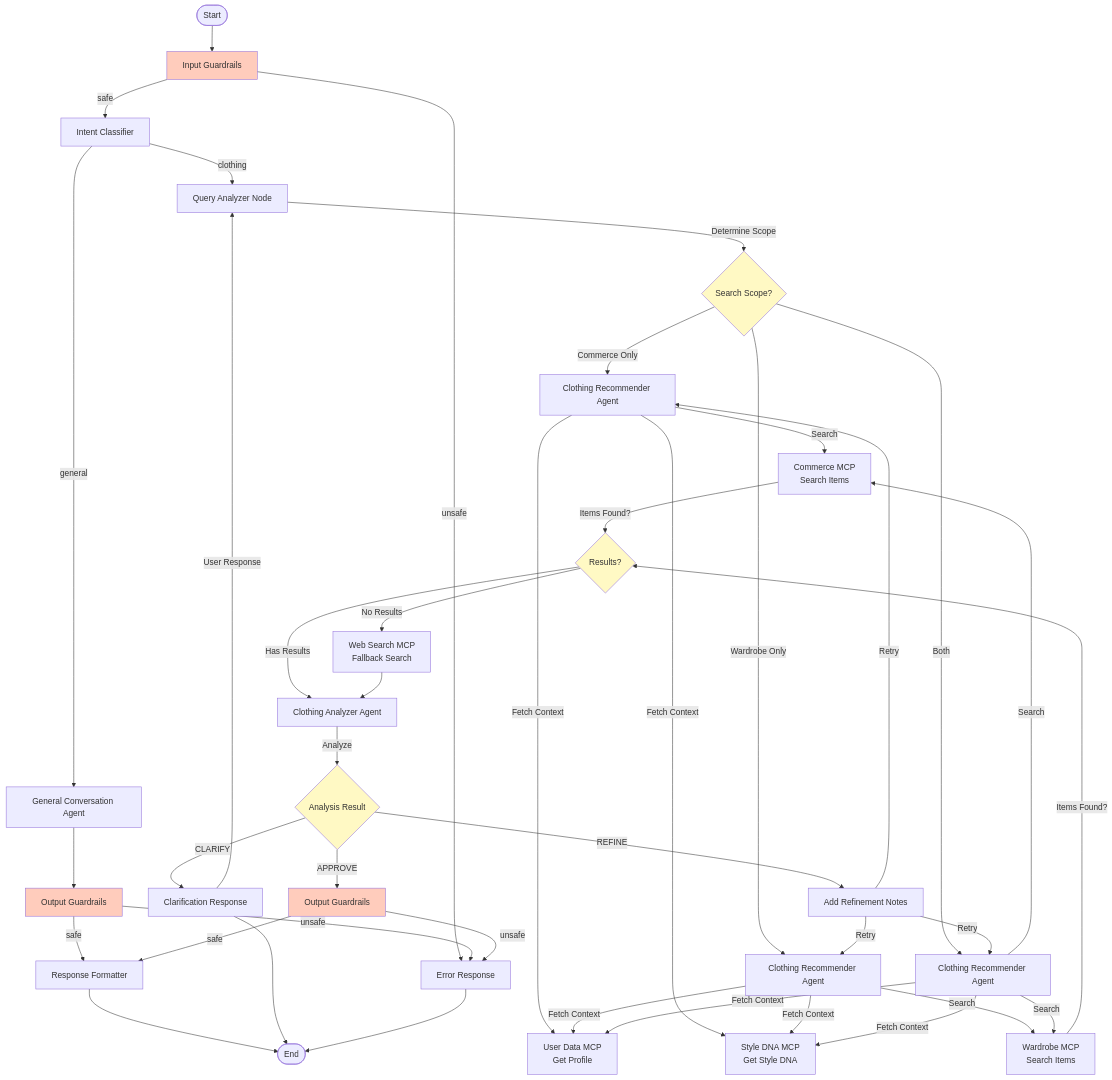
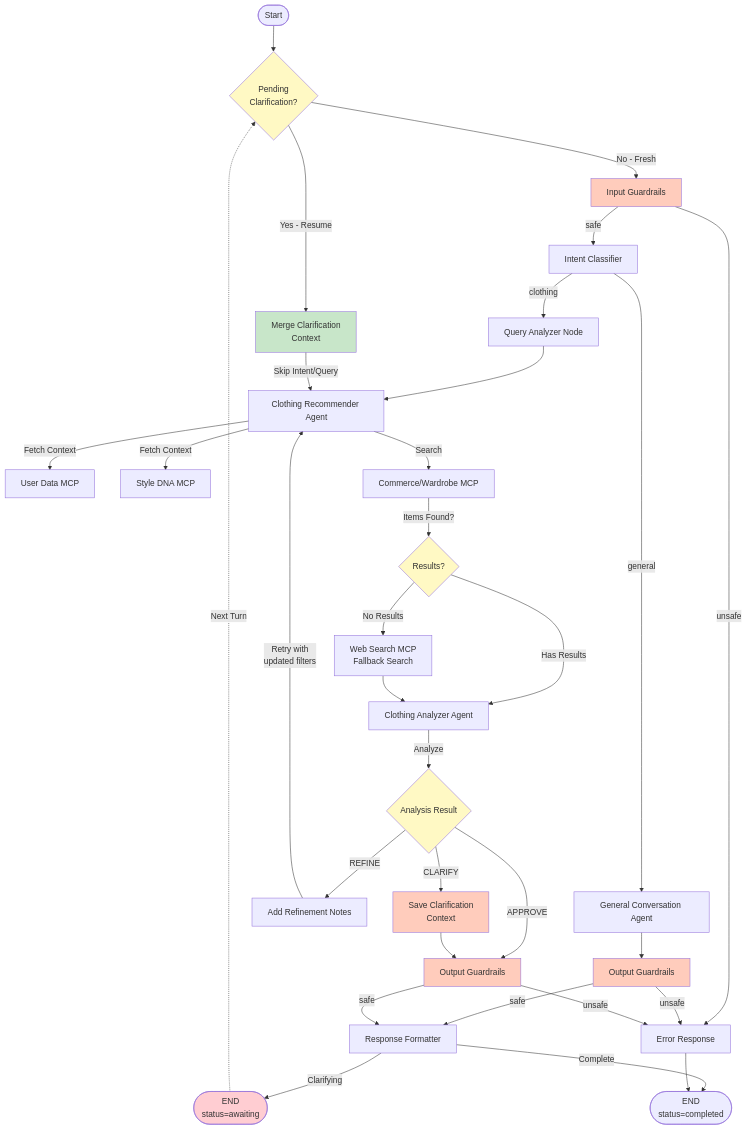
The second of 2 diagrams in python_engine/docs/MULTI_AGENT_PLAN.md (brscn2/aesthetiq), drawn with Mermaid before and after one commit. The commit also changed other lines of this file and 11 other files, not shown here.

````diff
--- a/python_engine/docs/MULTI_AGENT_PLAN.md
+++ b/python_engine/docs/MULTI_AGENT_PLAN.md
@@ -700,65 +709,59 @@
 ```mermaid
 graph TB
-    Start([Start]) --> InputGuard[Input Guardrails]
+    Start([Start]) --> CheckClarify{Pending<br/>Clarification?}
+    
+    CheckClarify -->|Yes - Resume| Merge[Merge Clarification<br/>Context]
+    CheckClarify -->|No - Fresh| InputGuard[Input Guardrails]
+    
     InputGuard -->|safe| IC[Intent Classifier]
     InputGuard -->|unsafe| Error[Error Response]
     
     IC -->|general| GCA[General Conversation Agent]
     IC -->|clothing| QA[Query Analyzer Node]
     
     GCA --> OutputGuard1[Output Guardrails]
     OutputGuard1 -->|safe| RF[Response Formatter]
     OutputGuard1 -->|unsafe| Error
     
-    QA -->|Determine Scope| Scope{Search Scope?}
+    QA --> CRA[Clothing Recommender Agent]
+    Merge -->|Skip Intent/Query| CRA
     
-    Scope -->|Commerce Only| CRA1[Clothing Recommender Agent]
-    Scope -->|Wardrobe Only| CRA2[Clothing Recommender Agent]
-    Scope -->|Both| CRA3[Clothing Recommender Agent]
+    CRA -->|Fetch Context| UD[User Data MCP]
+    CRA -->|Fetch Context| SD[Style DNA MCP]
+    CRA -->|Search| MCP[Commerce/Wardrobe MCP]
     
-    CRA1 -->|Fetch Context| UD[User Data MCP<br/>Get Profile]
-    CRA1 -->|Fetch Context| SD[Style DNA MCP<br/>Get Style DNA]
-    CRA1 -->|Search| CS[Commerce MCP<br/>Search Items]
-    
-    CRA2 -->|Fetch Context| UD
-    CRA2 -->|Fetch Context| SD
-    CRA2 -->|Search| WS[Wardrobe MCP<br/>Search Items]
-    
-    CRA3 -->|Fetch Context| UD
-    CRA3 -->|Fetch Context| SD
-    CRA3 -->|Search| WS
-    CRA3 -->|Search| CS
-    
-    CS -->|Items Found?| Check1{Results?}
-    WS -->|Items Found?| Check1
+    MCP -->|Items Found?| Check1{Results?}
     
     Check1 -->|No Results| WSS[Web Search MCP<br/>Fallback Search]
     Check1 -->|Has Results| CAA[Clothing Analyzer Agent]
     WSS --> CAA
     
     CAA -->|Analyze| Analysis{Analysis Result}
     
     Analysis -->|APPROVE| OutputGuard2[Output Guardrails]
     Analysis -->|REFINE| Notes[Add Refinement Notes]
-    Analysis -->|CLARIFY| Ask[Clarification Response]
+    Analysis -->|CLARIFY| SaveCtx[Save Clarification<br/>Context]
     
-    Notes -->|Retry| CRA1
-    Notes -->|Retry| CRA2
-    Notes -->|Retry| CRA3
+    Notes -->|Retry with<br/>updated filters| CRA
     
-    Ask -->|User Response| QA
+    SaveCtx --> OutputGuard2
     
     OutputGuard2 -->|safe| RF
     OutputGuard2 -->|unsafe| Error
     
-    RF --> End([End])
-    Ask --> End
+    RF -->|Clarifying| WaitEnd([END<br/>status=awaiting])
+    RF -->|Complete| End([END<br/>status=completed])
     Error --> End
+    
+    WaitEnd -.->|Next Turn| CheckClarify
     
     style InputGuard fill:#ffccbc
     style OutputGuard1 fill:#ffccbc
     style OutputGuard2 fill:#ffccbc
-    style Scope fill:#fff9c4
+    style CheckClarify fill:#fff9c4
     style Check1 fill:#fff9c4
     style Analysis fill:#fff9c4
+    style Merge fill:#c8e6c9
+    style SaveCtx fill:#ffccbc
+    style WaitEnd fill:#ffcdd2
 ```
````
